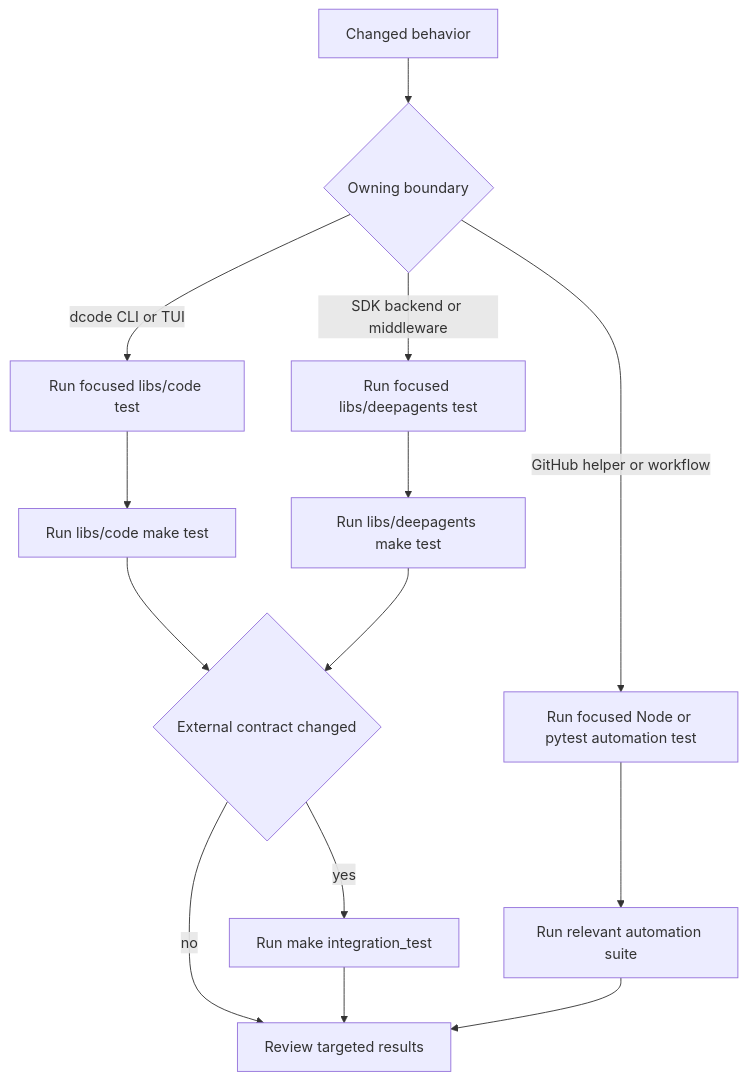
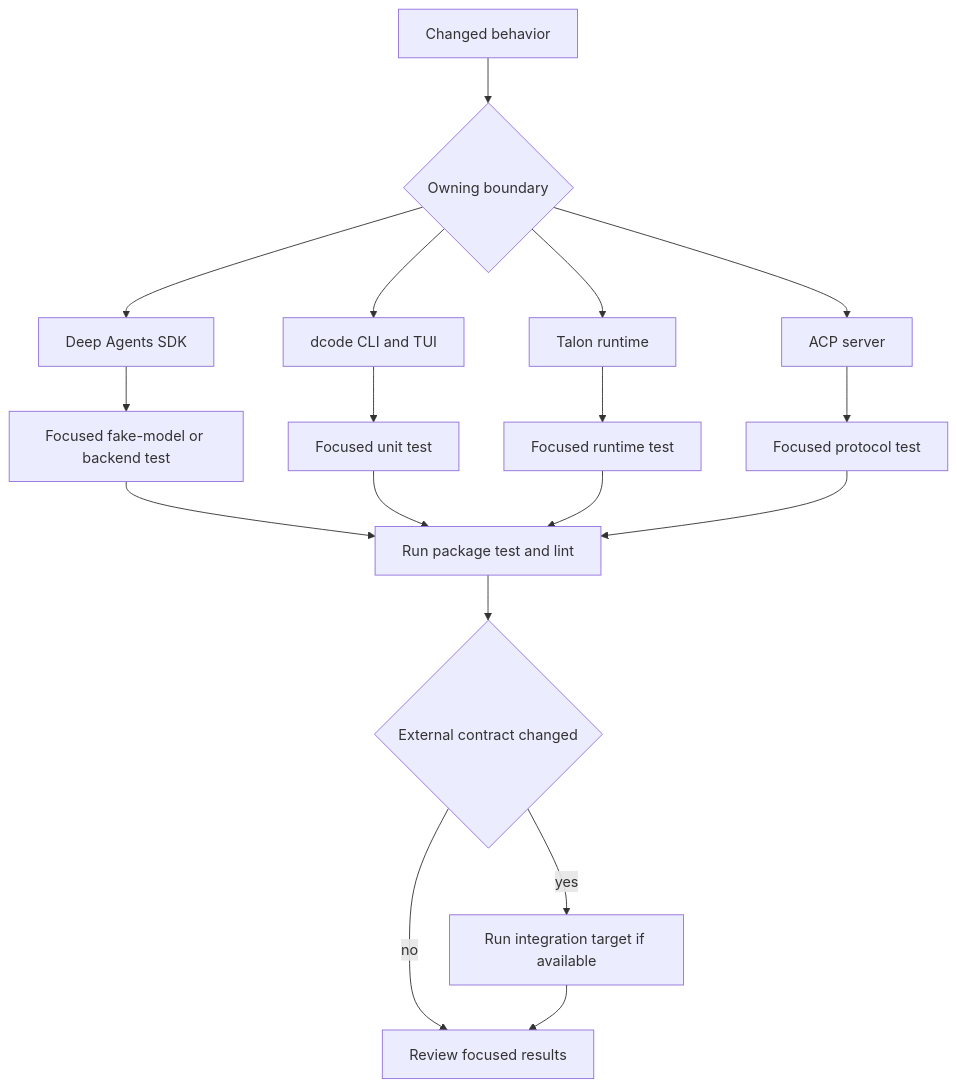
The first of 2 diagrams in openwiki/testing/testing-guide.md (langchain-ai/deepagents), drawn with Mermaid before and after one commit. The commit also changed other lines of this file and 55 other files, not shown here.

````diff
--- a/openwiki/testing/testing-guide.md
+++ b/openwiki/testing/testing-guide.md
@@ -47,16 +49,20 @@
 ```mermaid
 flowchart TD
-    Change["Changed behavior"] --> Area{"Owning boundary"}
-    Area -->|"dcode CLI or TUI"| CodeFocus["Run focused libs/code test"]
-    CodeFocus --> CodeSuite["Run libs/code make test"]
-    Area -->|"SDK backend or middleware"| SDKFocus["Run focused libs/deepagents test"]
-    SDKFocus --> SDKSuite["Run libs/deepagents make test"]
-    Area -->|"GitHub helper or workflow"| Automation["Run focused Node or pytest automation test"]
-    Automation --> Review["Run relevant automation suite"]
-    CodeSuite --> Integration{"External contract changed"}
-    SDKSuite --> Integration
-    Integration -->|"yes"| IntegrationRun["Run make integration_test"]
-    Integration -->|"no"| Done["Review targeted results"]
-    IntegrationRun --> Done
-    Review --> Done
+    Change["Changed behavior"] --> Owner{"Owning boundary"}
+    Owner --> SDK["Deep Agents SDK"]
+    Owner --> Code["dcode CLI and TUI"]
+    Owner --> Talon["Talon runtime"]
+    Owner --> ACP["ACP server"]
+    SDK --> SdkTest["Focused fake-model or backend test"]
+    Code --> CodeTest["Focused unit test"]
+    Talon --> TalonTest["Focused runtime test"]
+    ACP --> AcpTest["Focused protocol test"]
+    SdkTest --> Package["Run package test and lint"]
+    CodeTest --> Package
+    TalonTest --> Package
+    AcpTest --> Package
+    Package --> External{"External contract changed"}
+    External -->|"yes"| Integration["Run integration target if available"]
+    External -->|"no"| Review["Review focused results"]
+    Integration --> Review
 ```
````
